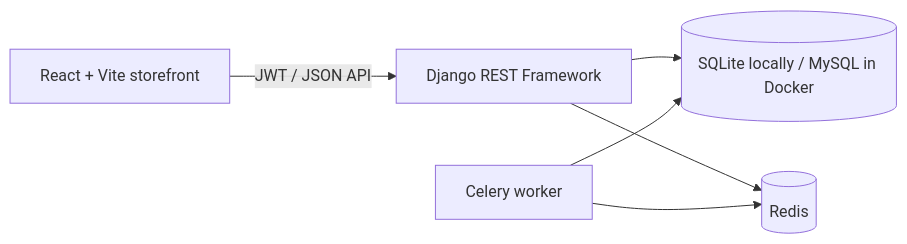
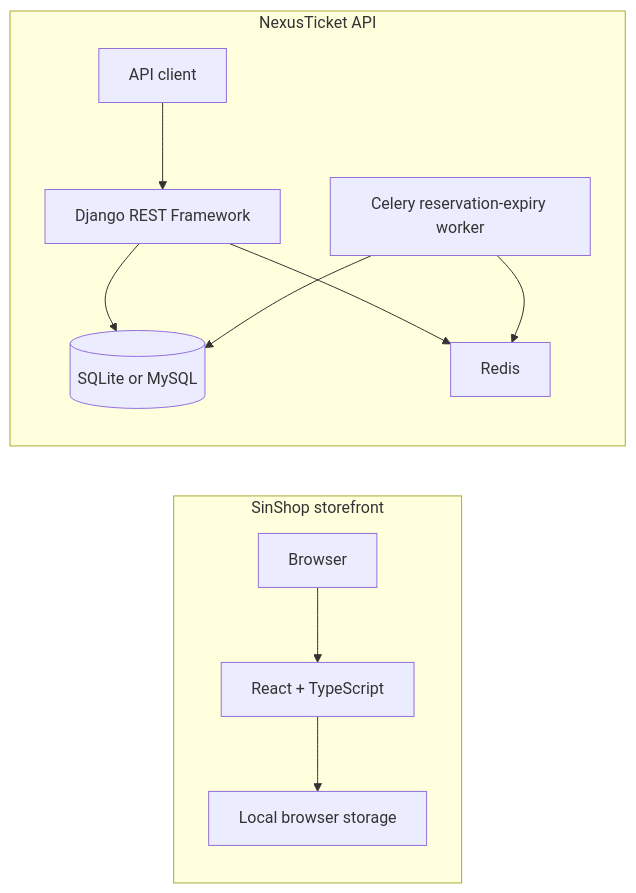
One commit to sinajokarr/NexusTicket changed the diagram in README.md. Above: the diagram before and after it, drawn with Mermaid. The commit also changed other lines of this file and 44 other files, not shown here.

Commit message:
feat: add SinShop storefront and documentation

````diff
--- a/README.md
+++ b/README.md
@@ -18,8 +51,15 @@
 ```mermaid
 flowchart LR
-  Storefront[React + Vite storefront] -->|JWT / JSON API| API[Django REST Framework]
-  API --> DB[(SQLite locally / MySQL in Docker)]
-  API --> Redis[(Redis)]
-  Worker[Celery worker] --> Redis
-  Worker --> DB
+    subgraph Storefront[SinShop storefront]
+        Browser[Browser] --> React[React + TypeScript]
+        React --> Storage[Local browser storage]
+    end
+
+    subgraph Ticketing[NexusTicket API]
+        Client[API client] --> DRF[Django REST Framework]
+        DRF --> DB[(SQLite or MySQL)]
+        DRF --> Redis[Redis]
+        Celery[Celery reservation-expiry worker] --> Redis
+        Celery --> DB
+    end
 ```
````
